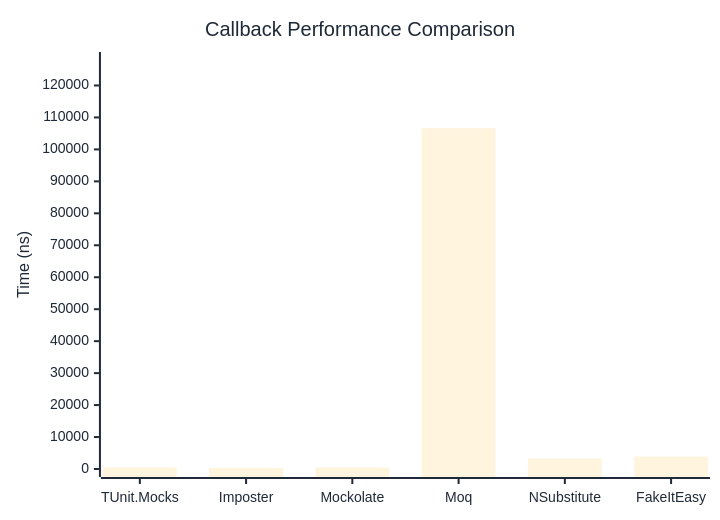
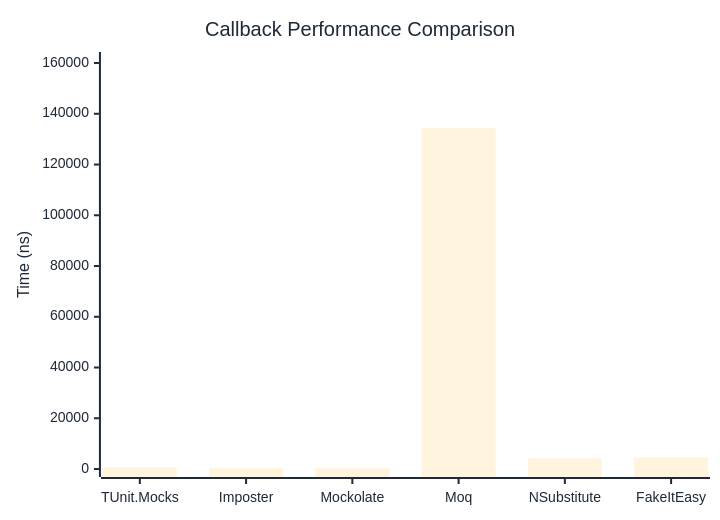
Before and after one commit to weiyilai/TUnit: the first of 2 diagrams in docs/docs/benchmarks/mocks/Callback.md, drawn with Mermaid. The commit also changed other lines of this file and 14 other files, not shown here.

````diff
--- a/docs/docs/benchmarks/mocks/Callback.md
+++ b/docs/docs/benchmarks/mocks/Callback.md
@@ -28,27 +28,27 @@
 ```mermaid
 %%{init: {
   'theme':'base',
   'themeVariables': {
     'primaryColor': '#2563eb',
     'primaryTextColor': '#1f2937',
     'primaryBorderColor': '#1e40af',
     'lineColor': '#6b7280',
     'secondaryColor': '#7c3aed',
     'tertiaryColor': '#dc2626',
     'background': '#ffffff',
     'pie1': '#2563eb',
     'pie2': '#7c3aed',
     'pie3': '#dc2626',
     'pie4': '#f59e0b',
     'pie5': '#10b981',
     'pie6': '#06b6d4',
     'pie7': '#ec4899',
     'pie8': '#6366f1'
   }
 }}%%
 xychart-beta
   title "Callback Performance Comparison"
   x-axis ["TUnit.Mocks", "Imposter", "Mockolate", "Moq", "NSubstitute", "FakeItEasy"]
-  y-axis "Time (ns)" 0 --> 127977
-  bar [494.3, 379.1, 446.5, 106647.5, 3273.6, 3897.4]
+  y-axis "Time (ns)" 0 --> 161196
+  bar [600.8, 457.3, 352, 134330, 4186.9, 4551.3]
 ```
````
